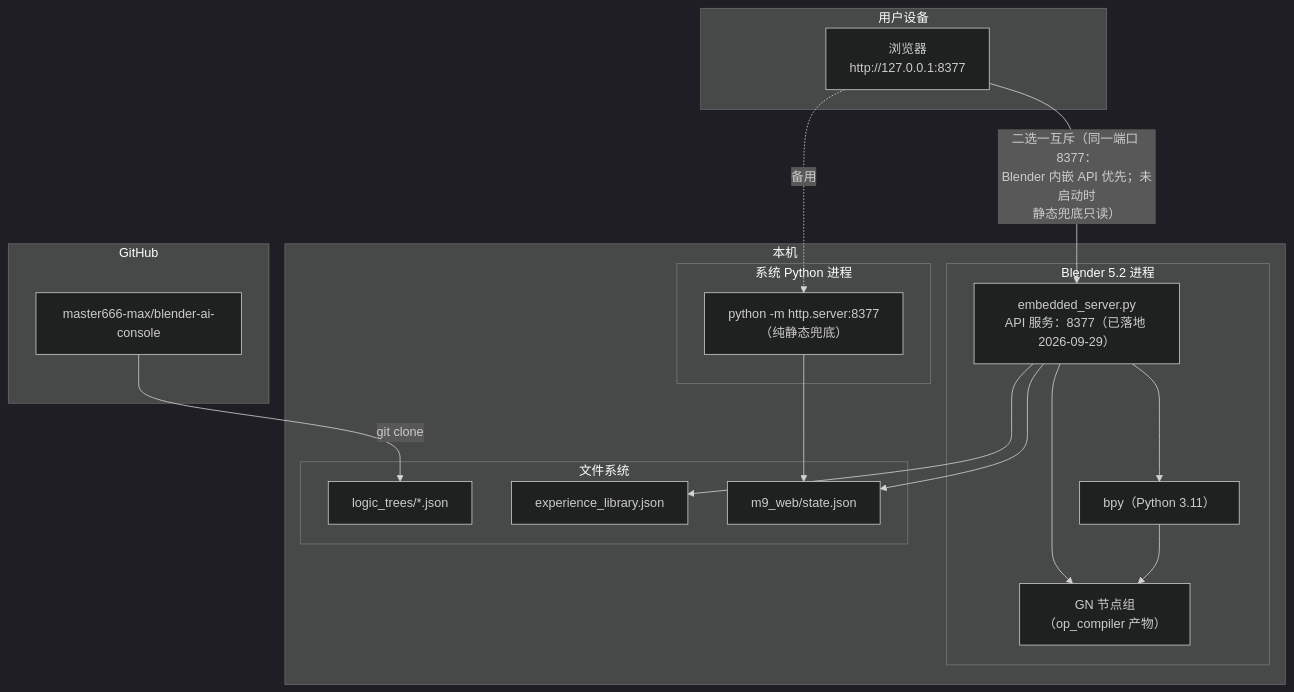
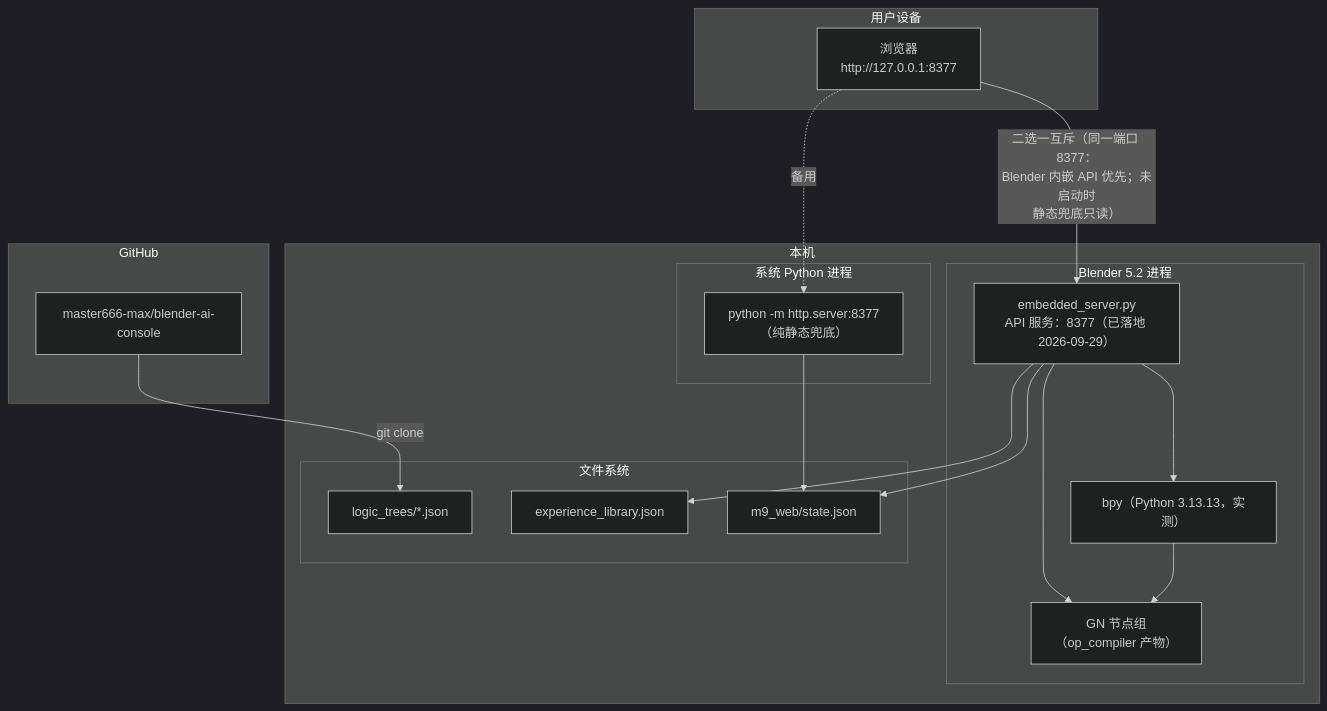
The seventh of 7 diagrams in docs/architecture/architecture_diagrams.md (master666-max/blender-ai-console), drawn with Mermaid (dark theme) before and after one commit. The commit also changed other lines of this file, not shown here.

First line of the commit message:
docs: 图→代码反向审计——7 图逐图实证，揪出 4 处图实偏差并修 + 新挂单 W-6/W-7/W-8

````diff
--- a/docs/architecture/architecture_diagrams.md
+++ b/docs/architecture/architecture_diagrams.md
@@ -359,36 +360,36 @@
 ```mermaid
 graph TB
     subgraph DEV["用户设备"]
         BROWSER["浏览器<br/>http://127.0.0.1:8377"]
     end
 
     subgraph HOST["本机"]
         subgraph BP["Blender 5.2 进程"]
-            BPY["bpy（Python 3.11）"]
+            BPY["bpy（Python 3.13.13，实测）"]
             GNSERVER["embedded_server.py<br/>API 服务：8377（已落地 2026-09-29）"]
             GN_NODES["GN 节点组<br/>（op_compiler 产物）"]
         end
         subgraph SYSPY["系统 Python 进程"]
             STATIC["python -m http.server:8377<br/>（纯静态兜底）"]
         end
         subgraph FS["文件系统"]
             LTJSON["logic_trees/*.json"]
             EXPJSON["experience_library.json"]
             STATE["m9_web/state.json"]
         end
     end
 
     subgraph GH["GitHub"]
         REPO["master666-max/blender-ai-console"]
     end
 
     BROWSER -->|"二选一互斥（同一端口 8377：<br/>Blender 内嵌 API 优先；未启动时<br/>静态兜底只读）"| GNSERVER
     BROWSER -.->|"备用"| STATIC
     GNSERVER --> BPY
     GNSERVER --> STATE
     GNSERVER --> GN_NODES
     BPY --> GN_NODES
     STATIC --> STATE
     GNSERVER --> EXPJSON
     REPO -->|"git clone"| LTJSON
 ```
````
